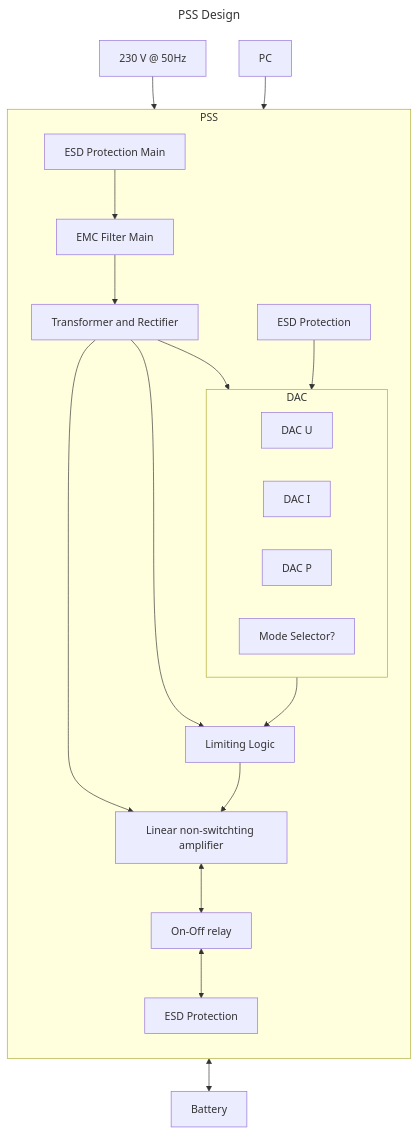
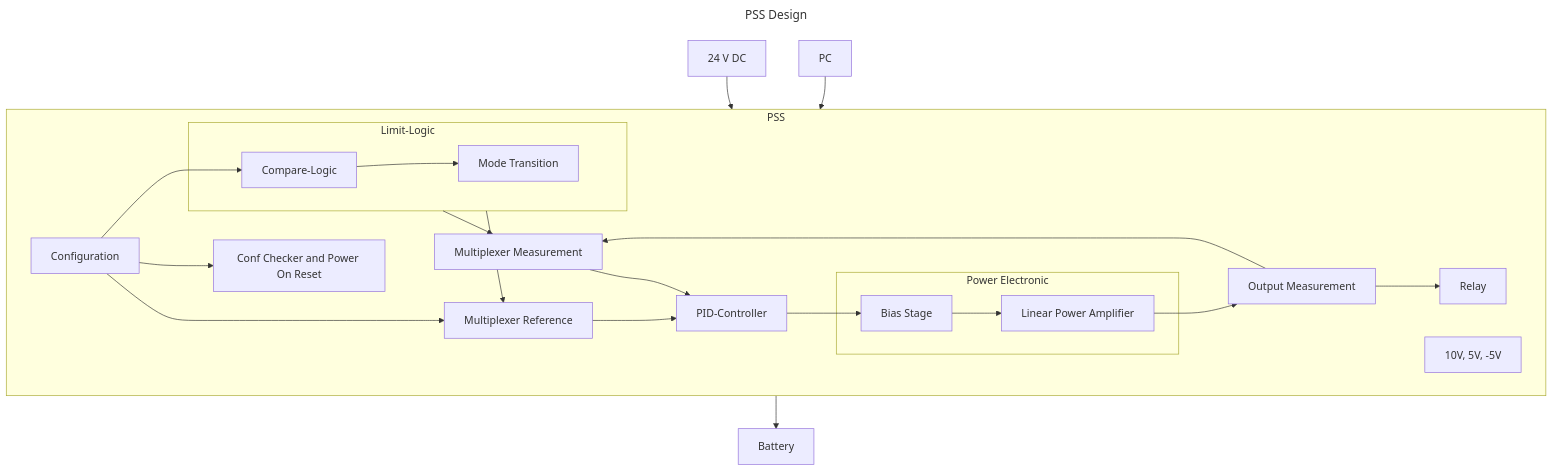
The diagram in docs/design/pss/pss.md (pascalguttmann/obat), drawn with Mermaid before and after one commit. The commit also changed other lines of this file, not shown here.

Commit message:
edit pss overview diagram to match current state of schematic

````diff
--- a/docs/design/pss/pss.md
+++ b/docs/design/pss/pss.md
@@ -8,32 +8,41 @@
 ```mermaid
 ---
 title: PSS Design
 ---
 flowchart TB
 pc[PC]
-main[230 V @ 50Hz]
+24V_power[24 V DC]
 bat[Battery]
 
 subgraph pss[PSS]
     direction TB
-    esd_in[ESD Protection]
-    subgraph dac[DAC]
-        dac-u[DAC U]
-        dac-i[DAC I]
-        dac-p[DAC P]
-        dac-m[Mode Selector?]
+
+    power[10V, 5V, -5V]
+    conf[Configuration]
+    checker[Conf Checker and Power On Reset]
+    direction LR
+    mux_ref[Multiplexer Reference]
+    control[PID-Controller]
+    subgraph pe[Power Electronic]
+        bias[Bias Stage]
+        outstage[Linear Power Amplifier]
     end
-    limiter[Limiting Logic]
-    amp[Linear non-switchting amplifier]
-    relay[On-Off relay]
-    esd_out[ESD Protection]
+    meas[Output Measurement]
+    mux_meas[Multiplexer Measurement]
+    relay[Relay]
 
-    esd_main[ESD Protection Main]
-    emc_main[EMC Filter Main]
-    rect[Transformer and Rectifier]
+    subgraph limit[Limit-Logic]
+        comp[Compare-Logic]
+        mode-tran[Mode Transition]
+    end
 end
 
-main --> esd_main --> emc_main --> rect --> amp & dac & limiter
-pc --> esd_in --> dac --> limiter
-limiter --> amp <--> relay <--> esd_out <--> bat
+24V_power --> power
+pc --> conf --> checker
+conf --> mux_ref --> control --> bias --> outstage --> meas --> relay --> bat
+meas --> mux_meas --> control
+conf --> comp --> mode-tran
+limit --> mux_meas
+limit --> mux_ref
+
 ```
````
